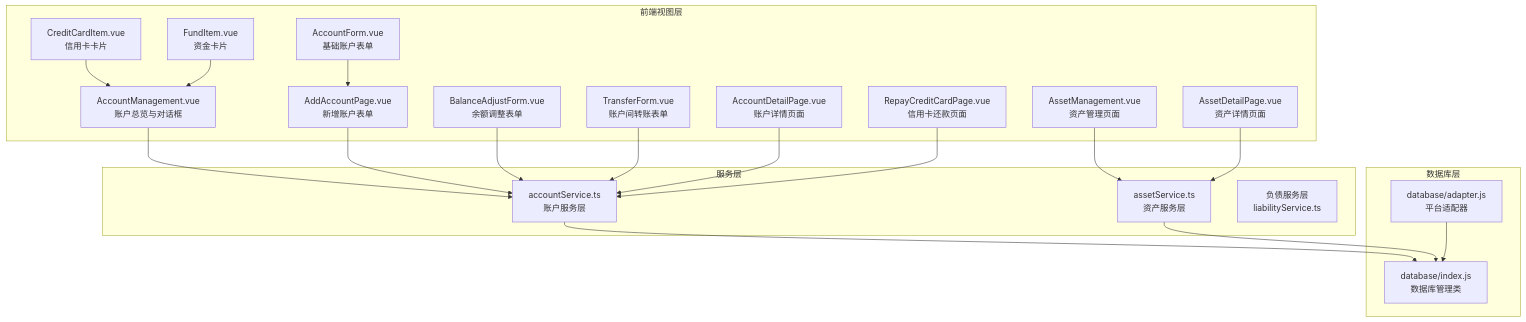
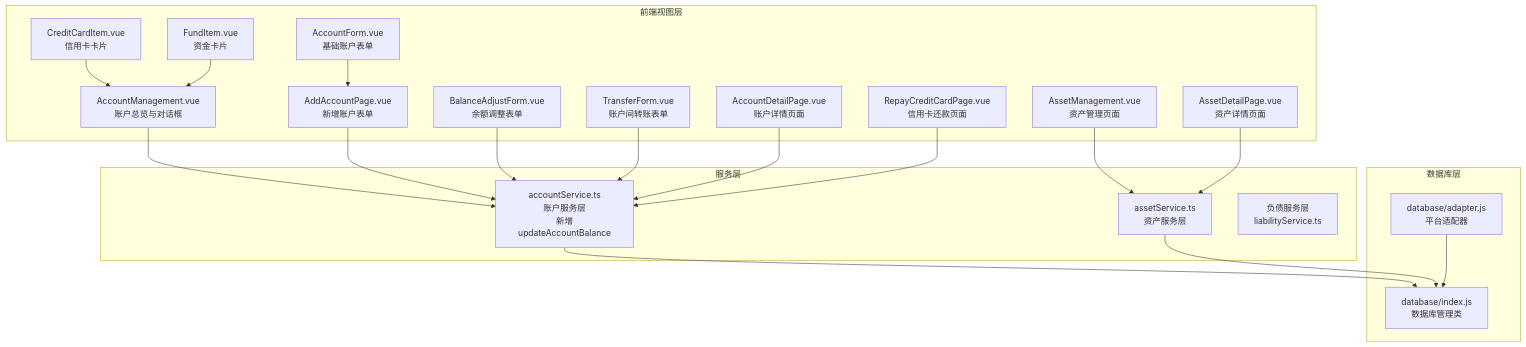
Before and after one commit to xiao-lin-unit/yuan: the first of 12 diagrams in .qoder/repowiki/zh/content/账户管理/账户管理.md, drawn with Mermaid. The commit also changed other lines of this file and 9 other files, not shown here.

````diff
--- a/.qoder/repowiki/zh/content/账户管理/账户管理.md
+++ b/.qoder/repowiki/zh/content/账户管理/账户管理.md
@@ -58,39 +57,39 @@
 ```mermaid
 graph TB
 subgraph "前端视图层"
 A["AccountManagement.vue<br/>账户总览与对话框"]
 B["AddAccountPage.vue<br/>新增账户表单"]
 C["AccountForm.vue<br/>基础账户表单"]
 D["BalanceAdjustForm.vue<br/>余额调整表单"]
 E["TransferForm.vue<br/>账户间转账表单"]
 F["CreditCardItem.vue<br/>信用卡卡片"]
 G["FundItem.vue<br/>资金卡片"]
 H["AccountDetailPage.vue<br/>账户详情页面"]
 I["RepayCreditCardPage.vue<br/>信用卡还款页面"]
 J["AssetManagement.vue<br/>资产管理页面"]
 K["AssetDetailPage.vue<br/>资产详情页面"]
 end
 subgraph "服务层"
-L["accountService.ts<br/>账户服务层"]
+L["accountService.ts<br/>账户服务层<br/>新增updateAccountBalance"]
 M["assetService.ts<br/>资产服务层"]
 N["负债服务层<br/>liabilityService.ts"]
 end
 subgraph "数据库层"
 O["database/index.js<br/>数据库管理类"]
 P["database/adapter.js<br/>平台适配器"]
 end
 A --> L
 B --> L
 C --> B
 D --> L
 E --> L
 F --> A
 G --> A
 H --> L
 I --> L
 J --> M
 K --> M
 L --> O
 M --> O
 P --> O
 ```
````
